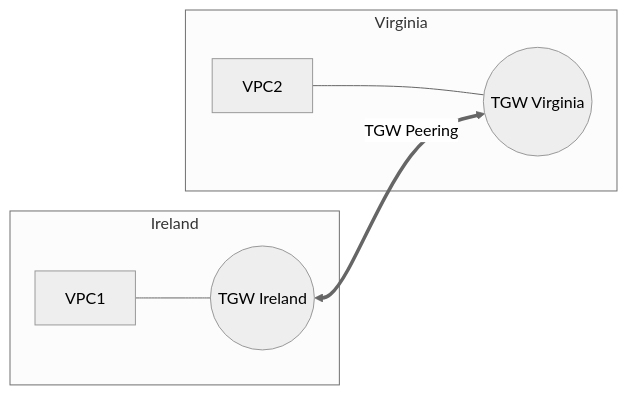
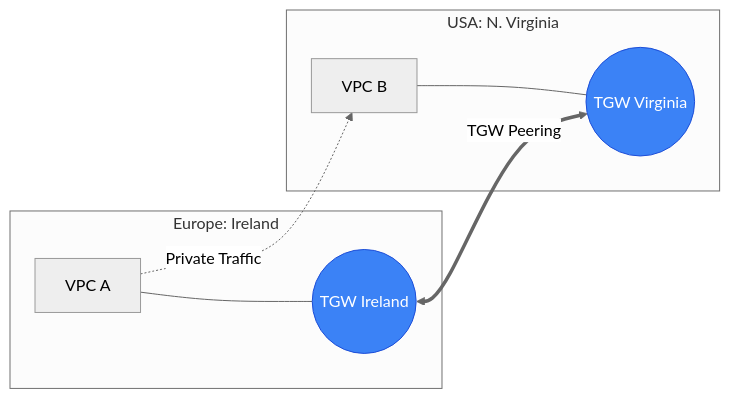
One commit to Ganil151/Devops changed the diagram in 2-Intermediate/01-Phase-1/01-Networking/08-High-Availability-and-Multi-Region/04-Multi-Region-Networking/README.md. Above: the diagram before and after it, drawn with Mermaid (neutral theme). The commit also changed other lines of this file and 51 other files, not shown here.

````diff
--- a/2-Intermediate/01-Phase-1/01-Networking/08-High-Availability-and-Multi-Region/04-Multi-Region-Networking/README.md
+++ b/2-Intermediate/01-Phase-1/01-Networking/08-High-Availability-and-Multi-Region/04-Multi-Region-Networking/README.md
@@ -19,11 +5,17 @@
 ```mermaid
 graph LR
-    subgraph Region_A [Ireland]
-    VPC1 --- TGW1((TGW Ireland))
+    subgraph Region_A [Europe: Ireland]
+        VPC_A[VPC A] --- TGW_A((TGW Ireland))
     end
-    subgraph Region_B [Virginia]
-    VPC2 --- TGW2((TGW Virginia))
+    
+    subgraph Region_B [USA: N. Virginia]
+        VPC_B[VPC B] --- TGW_B((TGW Virginia))
     end
 
-TGW1 <==>|TGW Peering| TGW2
+    TGW_A <==>|TGW Peering| TGW_B
+    
+    VPC_A -.->|Private Traffic| VPC_B
+
+    style TGW_A fill:#3b82f6,stroke:#1d4ed8,color:#fff
+    style TGW_B fill:#3b82f6,stroke:#1d4ed8,color:#fff
 ```
````
